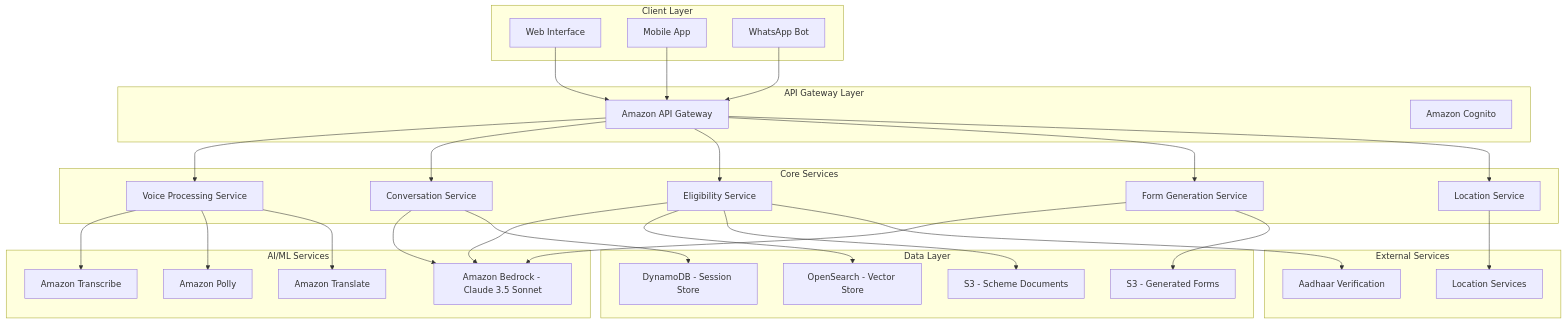
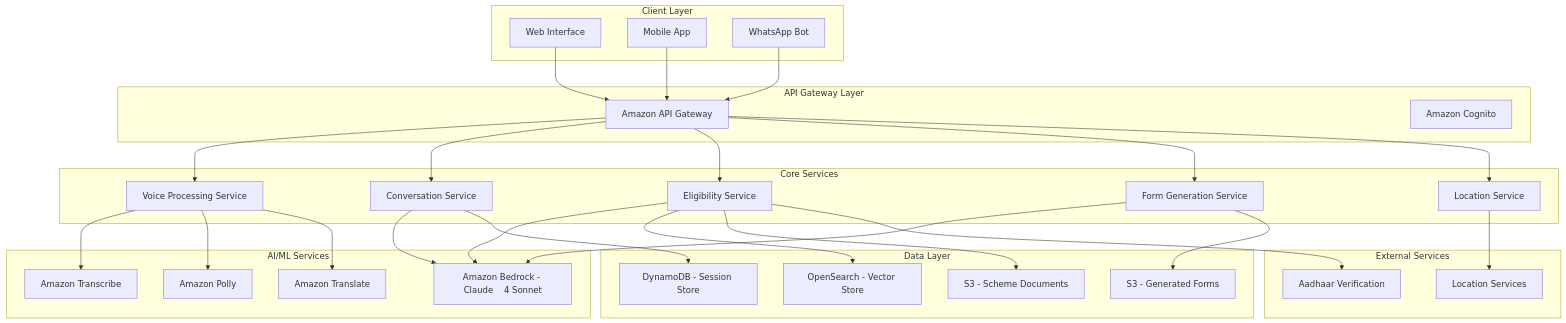
Before and after one commit to Prathmesh333/AI4Bharat-JansevaAI: the first of 4 diagrams in design.md, drawn with Mermaid. The commit also changed other lines of this file, not shown here.

````diff
--- a/design.md
+++ b/design.md
@@ -13,67 +13,67 @@
 ```mermaid
 graph TB
     subgraph Client["Client Layer"]
         WEB[Web Interface]
         MOBILE[Mobile App]
         WHATSAPP[WhatsApp Bot]
     end
     
     subgraph Gateway["API Gateway Layer"]
         APIGW[Amazon API Gateway]
         COGNITO[Amazon Cognito]
     end
     
     subgraph Core["Core Services"]
         VOICE[Voice Processing Service]
         CONV[Conversation Service]
         ELIG[Eligibility Service]
         FORM[Form Generation Service]
         LOC[Location Service]
     end
     
     subgraph AI["AI/ML Services"]
-        BEDROCK[Amazon Bedrock - Claude 3.5 Sonnet]
+        BEDROCK[Amazon Bedrock - Claude    4 Sonnet]
         TRANSCRIBE[Amazon Transcribe]
         POLLY[Amazon Polly]
         TRANSLATE[Amazon Translate]
     end
     
     subgraph Data["Data Layer"]
         DYNAMO[DynamoDB - Session Store]
         S3SCHEMES[S3 - Scheme Documents]
         OPENSEARCH[OpenSearch - Vector Store]
         S3FORMS[S3 - Generated Forms]
     end
     
     subgraph External["External Services"]
         AADHAAR[Aadhaar Verification]
         MAPS[Location Services]
     end
     
     WEB --> APIGW
     MOBILE --> APIGW
     WHATSAPP --> APIGW
     
     APIGW --> VOICE
     APIGW --> CONV
     APIGW --> ELIG
     APIGW --> FORM
     APIGW --> LOC
     
     VOICE --> TRANSCRIBE
     VOICE --> POLLY
     VOICE --> TRANSLATE
     
     CONV --> BEDROCK
     ELIG --> BEDROCK
     ELIG --> OPENSEARCH
     
     FORM --> BEDROCK
     FORM --> S3FORMS
     
     CONV --> DYNAMO
     ELIG --> S3SCHEMES
     LOC --> MAPS
     
     ELIG --> AADHAAR
 ```
````
